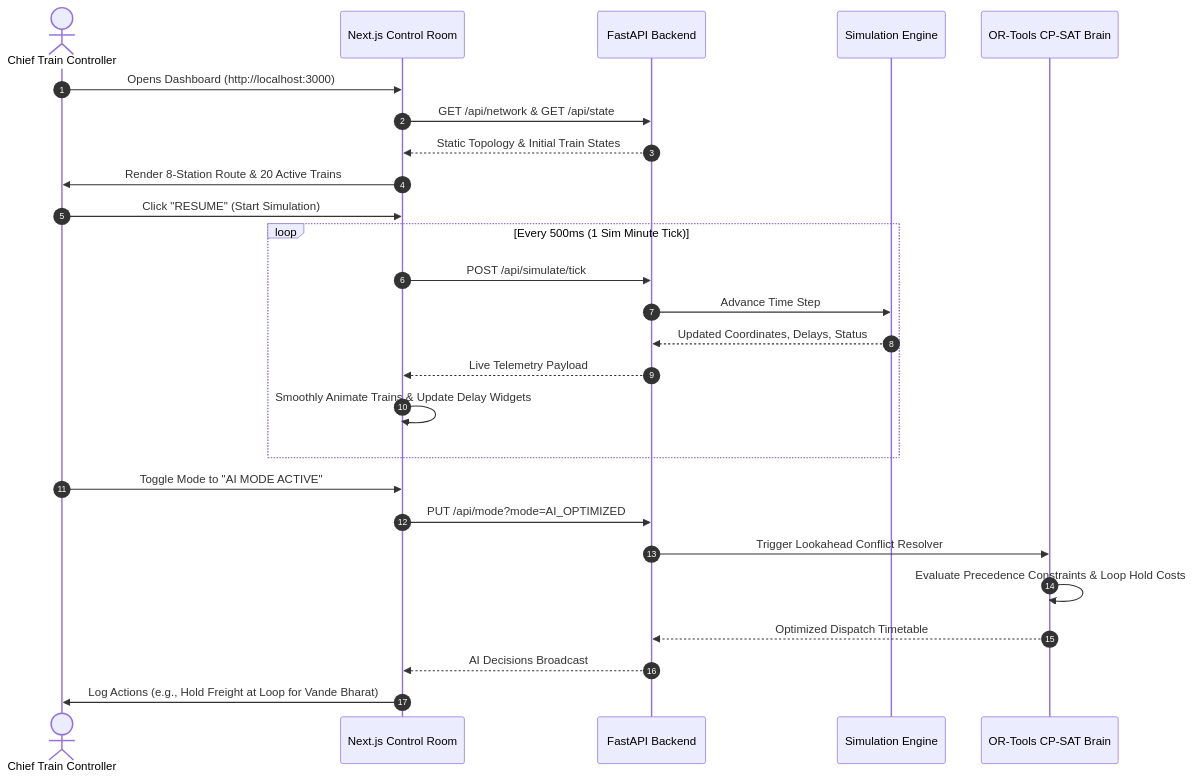
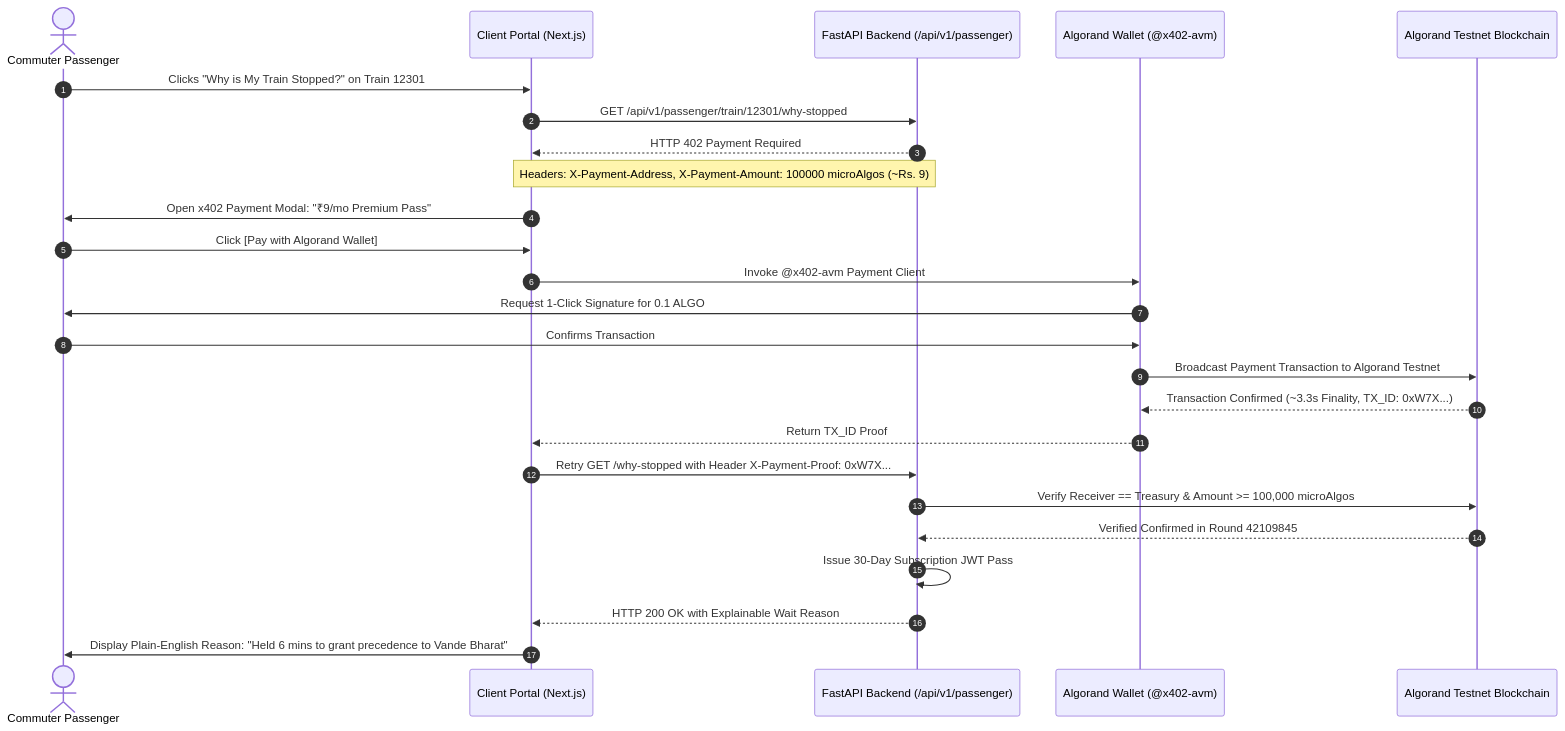
One commit to harshjsh01/Digital-Twin changed the third of 3 diagrams in docs/workflow_chart.md. Above: the diagram before and after it, drawn with Mermaid. The commit also changed other lines of this file and 11 other files, not shown here.

````diff
--- a/docs/workflow_chart.md
+++ b/docs/workflow_chart.md
@@ -46,31 +90,28 @@
 ```mermaid
 sequenceDiagram
     autonumber
-    actor Controller as Chief Train Controller
-    participant UI as Next.js Control Room
-    participant API as FastAPI Backend
-    participant Sim as Simulation Engine
-    participant Brain as OR-Tools CP-SAT Brain
+    actor Passenger as Commuter Passenger
+    participant App as Client Portal (Next.js)
+    participant API as FastAPI Backend (/api/v1/passenger)
+    participant Wallet as Algorand Wallet (@x402-avm)
+    participant Chain as Algorand Testnet Blockchain
 
-    Controller->>UI: Opens Dashboard (http://localhost:3000)
-    UI->>API: GET /api/network & GET /api/state
-    API-->>UI: Static Topology & Initial Train States
-    UI->>Controller: Render 8-Station Route & 20 Active Trains
-
-    Controller->>UI: Click "RESUME" (Start Simulation)
-    loop Every 500ms (1 Sim Minute Tick)
-        UI->>API: POST /api/simulate/tick
-        API->>Sim: Advance Time Step
-        Sim-->>API: Updated Coordinates, Delays, Status
-        API-->>UI: Live Telemetry Payload
-        UI->>UI: Smoothly Animate Trains & Update Delay Widgets
-    end
-
-    Controller->>UI: Toggle Mode to "AI MODE ACTIVE"
-    UI->>API: PUT /api/mode?mode=AI_OPTIMIZED
-    API->>Brain: Trigger Lookahead Conflict Resolver
-    Brain->>Brain: Evaluate Precedence Constraints & Loop Hold Costs
-    Brain-->>API: Optimized Dispatch Timetable
-    API-->>UI: AI Decisions Broadcast
-    UI->>Controller: Log Actions (e.g., Hold Freight at Loop for Vande Bharat)
+    Passenger->>App: Clicks "Why is My Train Stopped?" on Train 12301
+    App->>API: GET /api/v1/passenger/train/12301/why-stopped
+    API-->>App: HTTP 402 Payment Required
+    Note over App,API: Headers: X-Payment-Address, X-Payment-Amount: 100000 microAlgos (~Rs. 9)
+    App->>Passenger: Open x402 Payment Modal: "₹9/mo Premium Pass"
+    Passenger->>App: Click [Pay with Algorand Wallet]
+    App->>Wallet: Invoke @x402-avm Payment Client
+    Wallet->>Passenger: Request 1-Click Signature for 0.1 ALGO
+    Passenger->>Wallet: Confirms Transaction
+    Wallet->>Chain: Broadcast Payment Transaction to Algorand Testnet
+    Chain-->>Wallet: Transaction Confirmed (~3.3s Finality, TX_ID: 0xW7X...)
+    Wallet-->>App: Return TX_ID Proof
+    App->>API: Retry GET /why-stopped with Header X-Payment-Proof: 0xW7X...
+    API->>Chain: Verify Receiver == Treasury & Amount >= 100,000 microAlgos
+    Chain-->>API: Verified Confirmed in Round 42109845
+    API->>API: Issue 30-Day Subscription JWT Pass
+    API-->>App: HTTP 200 OK with Explainable Wait Reason
+    App->>Passenger: Display Plain-English Reason: "Held 6 mins to grant precedence to Vande Bharat"
 ```
````
